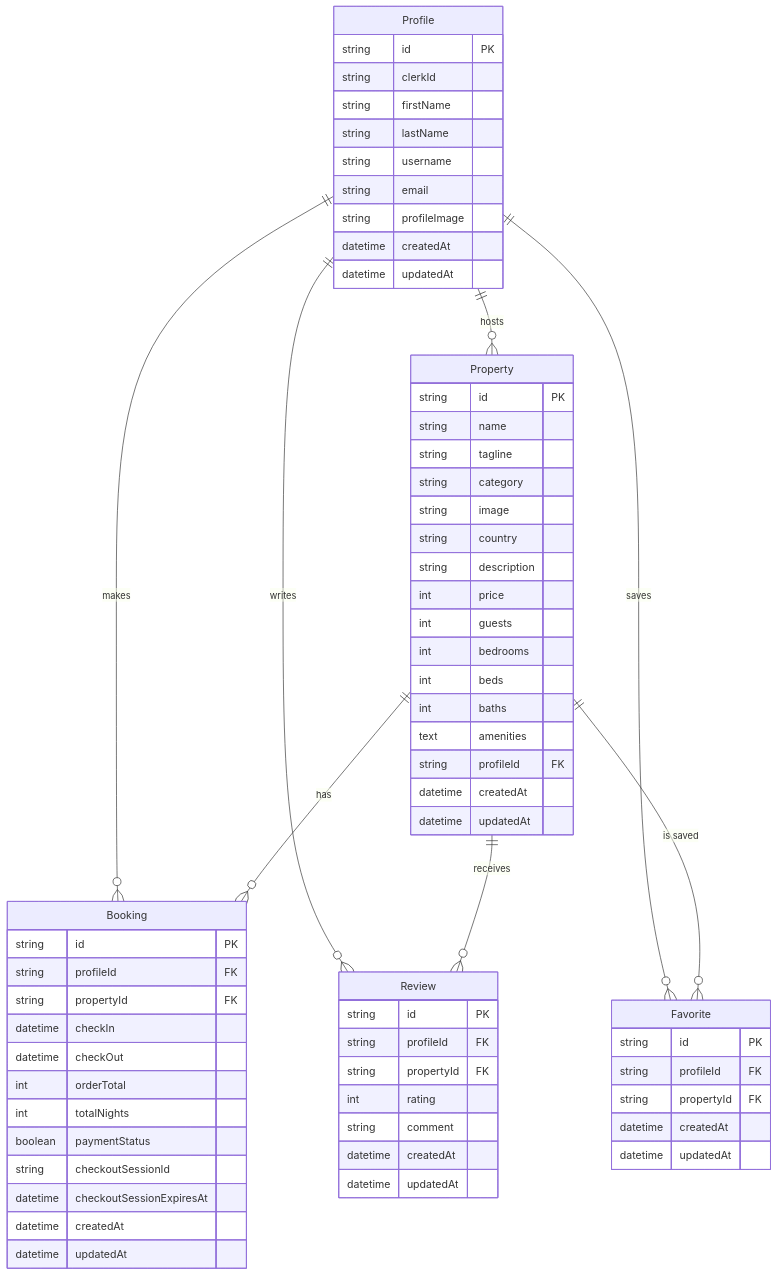
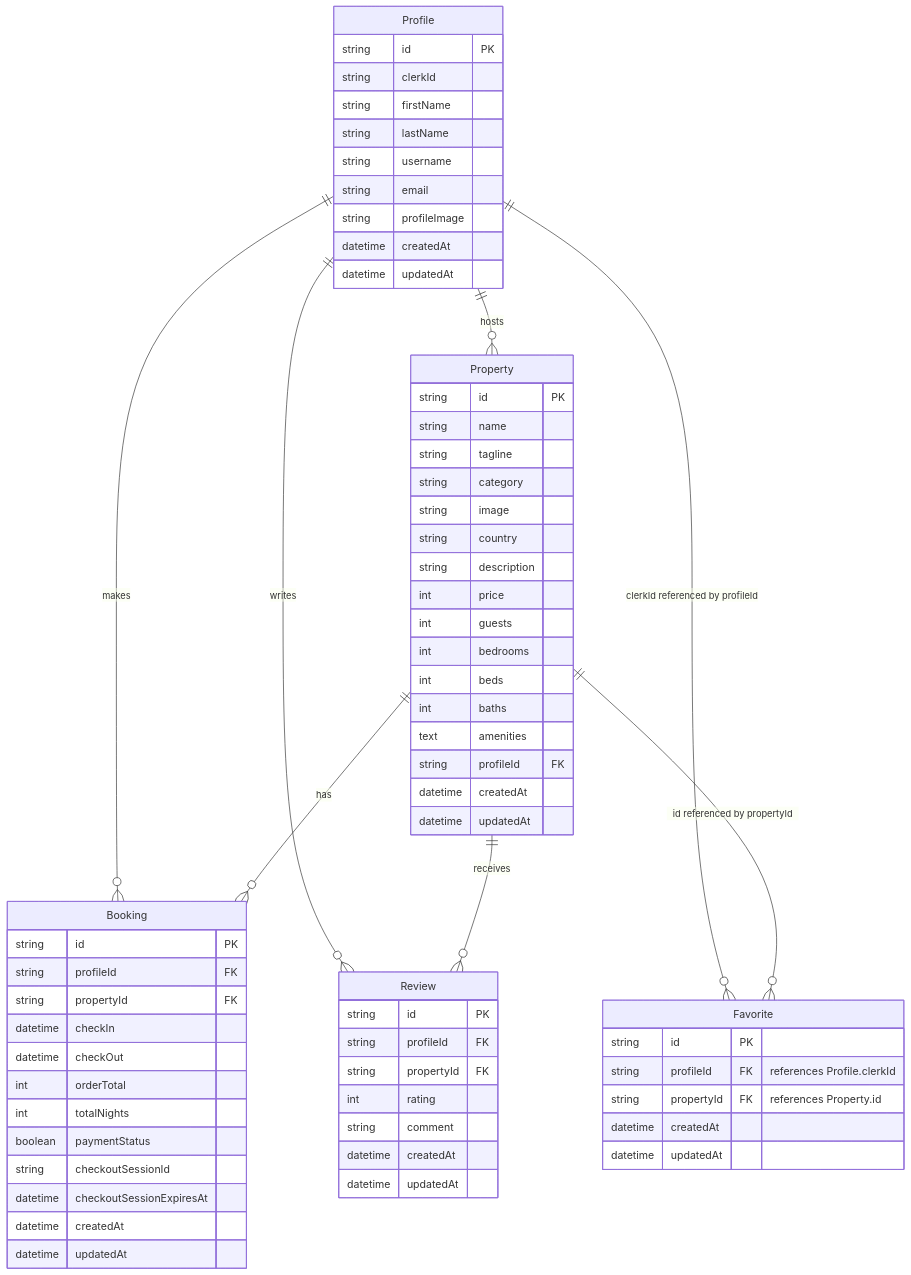
Before and after one commit to myoshi2891/AirbnbCloneApp: the second of 4 diagrams in README.md, drawn with Mermaid. The commit also changed other lines of this file, not shown here.

Commit message:
docs(readme): align architecture and data protection

````diff
--- a/README.md
+++ b/README.md
@@ -83,74 +83,74 @@
 ```mermaid
 erDiagram
     Profile {
         string id PK
         string clerkId
         string firstName
         string lastName
         string username
         string email
         string profileImage
         datetime createdAt
         datetime updatedAt
     }
     
     Property {
         string id PK
         string name
         string tagline
         string category
         string image
         string country
         string description
         int price
         int guests
         int bedrooms
         int beds
         int baths
         text amenities
         string profileId FK
         datetime createdAt
         datetime updatedAt
     }
     
     Booking {
         string id PK
         string profileId FK
         string propertyId FK
         datetime checkIn
         datetime checkOut
         int orderTotal
         int totalNights
         boolean paymentStatus
         string checkoutSessionId
         datetime checkoutSessionExpiresAt
         datetime createdAt
         datetime updatedAt
     }
 
     Favorite {
         string id PK
-        string profileId FK
-        string propertyId FK
+        string profileId FK "references Profile.clerkId"
+        string propertyId FK "references Property.id"
         datetime createdAt
         datetime updatedAt
     }
     
     Review {
         string id PK
         string profileId FK
         string propertyId FK
         int rating
         string comment
         datetime createdAt
         datetime updatedAt
     }
     
     Profile ||--o{ Property : "hosts"
     Profile ||--o{ Booking : "makes"
     Profile ||--o{ Review : "writes"
     Property ||--o{ Booking : "has"
     Property ||--o{ Review : "receives"
-    Profile ||--o{ Favorite : "saves"
-    Property ||--o{ Favorite : "is saved"
+    Profile ||--o{ Favorite : "clerkId referenced by profileId"
+    Property ||--o{ Favorite : "id referenced by propertyId"
 ```
````
